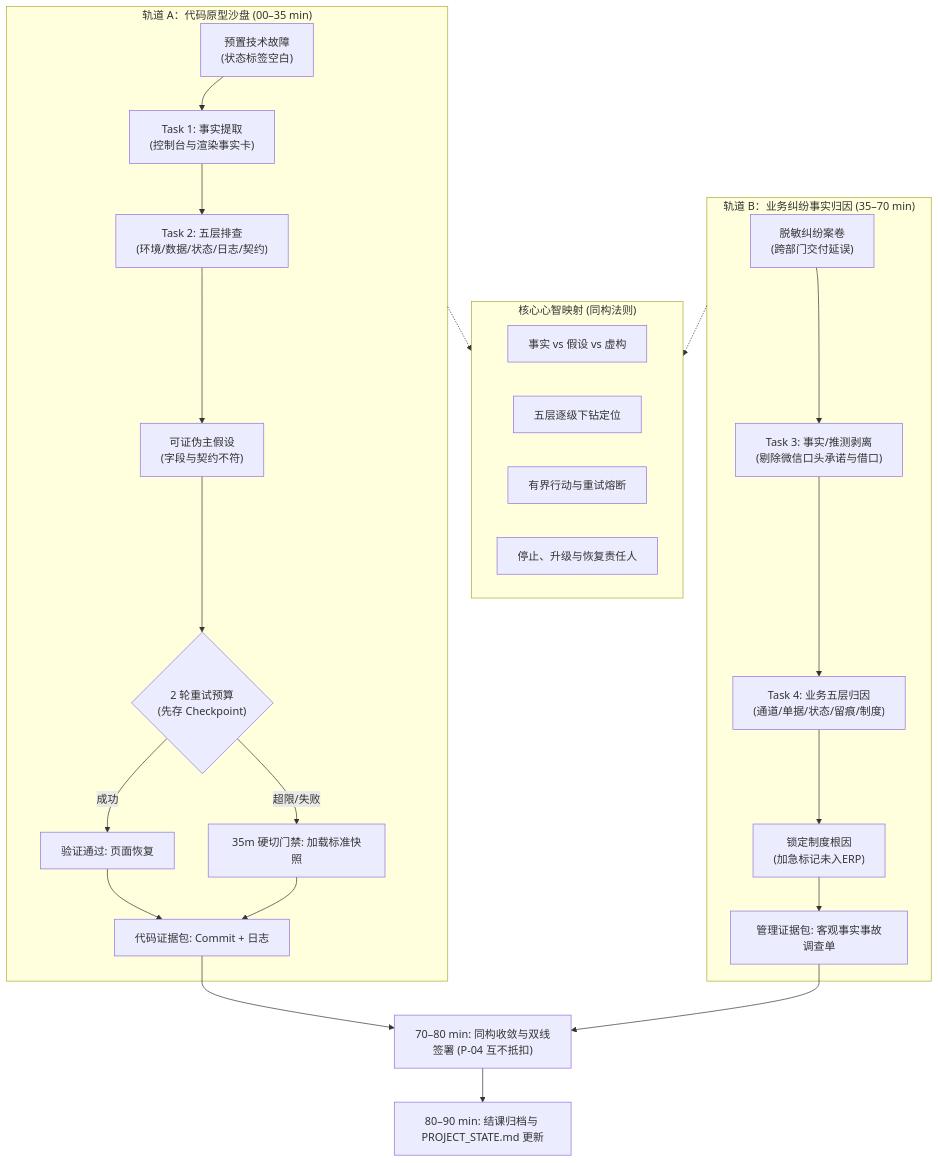
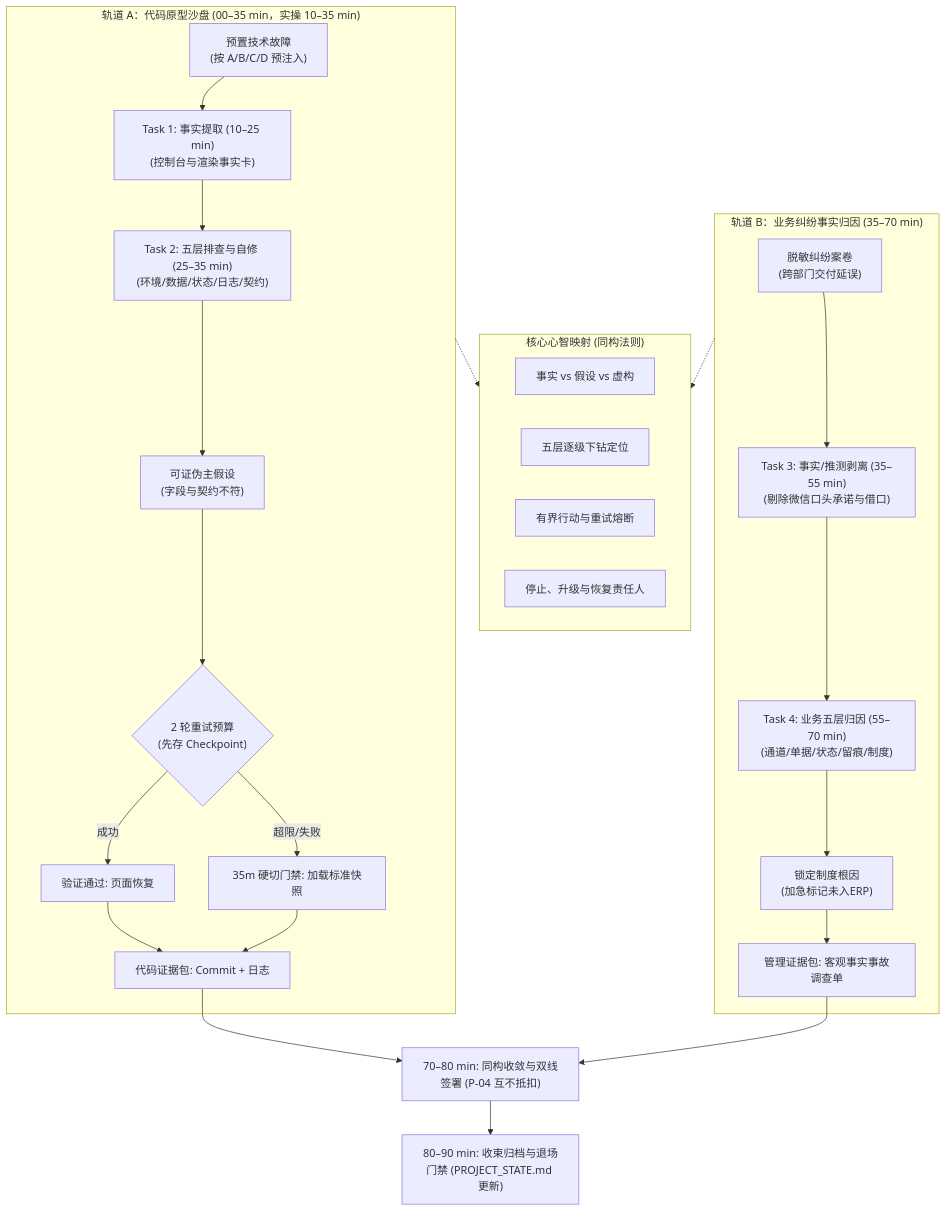
The diagram in lessons/LESSON_06_DESIGN_BRIEF.md (fishfuuu/ai-business-prototype-bootcamp), drawn with Mermaid before and after one commit. The commit also changed other lines of this file and 5 other files, not shown here.

````diff
--- a/lessons/LESSON_06_DESIGN_BRIEF.md
+++ b/lessons/LESSON_06_DESIGN_BRIEF.md
@@ -165,33 +171,33 @@
 ```mermaid
 flowchart TB
-    subgraph TrackA["轨道 A：代码原型沙盘 (00–35 min)"]
-        A1["预置技术故障<br/>(状态标签空白)"] --> A2["Task 1: 事实提取<br/>(控制台与渲染事实卡)"]
-        A2 --> A3["Task 2: 五层排查<br/>(环境/数据/状态/日志/契约)"]
+    subgraph TrackA["轨道 A：代码原型沙盘 (00–35 min，实操 10–35 min)"]
+        A1["预置技术故障<br/>(按 A/B/C/D 预注入)"] --> A2["Task 1: 事实提取 (10–25 min)<br/>(控制台与渲染事实卡)"]
+        A2 --> A3["Task 2: 五层排查与自修 (25–35 min)<br/>(环境/数据/状态/日志/契约)"]
         A3 --> A4["可证伪主假设<br/>(字段与契约不符)"]
         A4 --> A5{"2 轮重试预算<br/>(先存 Checkpoint)"}
         A5 -- "成功" --> A6["验证通过: 页面恢复"]
         A5 -- "超限/失败" --> A7["35m 硬切门禁: 加载标准快照"]
         A6 --> AE["代码证据包: Commit + 日志"]
         A7 --> AE
     end
 
     subgraph CoreLogic["核心心智映射 (同构法则)"]
         M1["事实 vs 假设 vs 虚构"]
         M2["五层逐级下钻定位"]
         M3["有界行动与重试熔断"]
         M4["停止、升级与恢复责任人"]
     end
 
     subgraph TrackB["轨道 B：业务纠纷事实归因 (35–70 min)"]
-        B1["脱敏纠纷案卷<br/>(跨部门交付延误)"] --> B2["Task 3: 事实/推测剥离<br/>(剔除微信口头承诺与借口)"]
-        B2 --> B3["Task 4: 业务五层归因<br/>(通道/单据/状态/留痕/制度)"]
+        B1["脱敏纠纷案卷<br/>(跨部门交付延误)"] --> B2["Task 3: 事实/推测剥离 (35–55 min)<br/>(剔除微信口头承诺与借口)"]
+        B2 --> B3["Task 4: 业务五层归因 (55–70 min)<br/>(通道/单据/状态/留痕/制度)"]
         B3 --> B4["锁定制度根因<br/>(加急标记未入ERP)"]
         B4 --> BE["管理证据包: 客观事实事故调查单"]
     end
 
     TrackA -.-> CoreLogic
     TrackB -.-> CoreLogic
     AE --> S["70–80 min: 同构收敛与双线签署 (P-04 互不抵扣)"]
     BE --> S
-    S --> FIN["80–90 min: 结课归档与 PROJECT_STATE.md 更新"]
+    S --> FIN["80–90 min: 收束归档与退场门禁 (PROJECT_STATE.md 更新)"]
 ```
````
